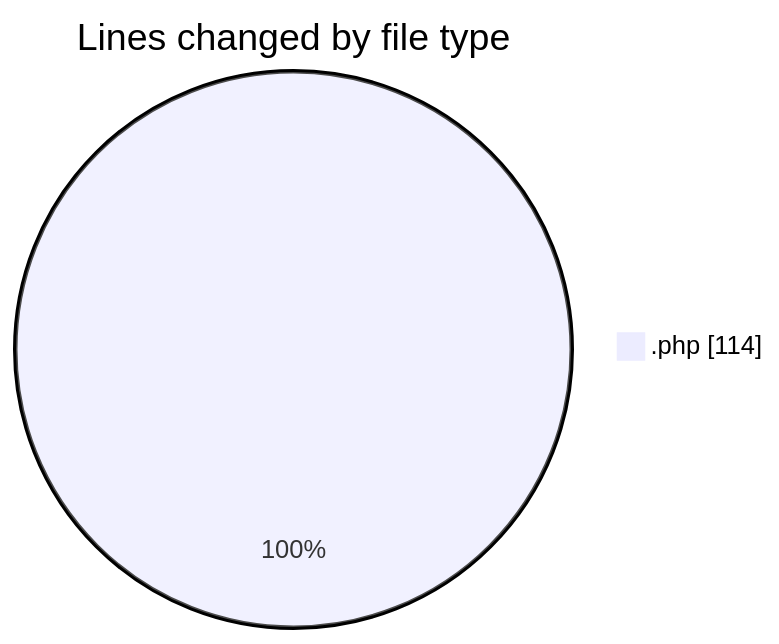
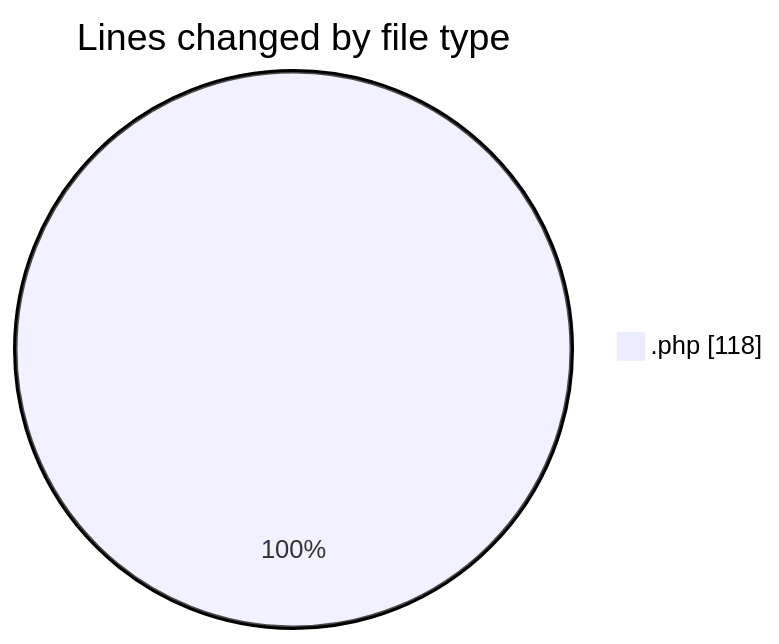
One commit to LanceThiago/code-tracking changed the first of 2 diagrams in 2025-06-05/web/README.md. Above: the diagram before and after it, drawn with Mermaid. The commit also changed other lines of this file and 1 other file, not shown here.

````diff
--- a/2025-06-05/web/README.md
+++ b/2025-06-05/web/README.md
@@ -20,5 +20,5 @@
 ```mermaid
 pie showData
 title Lines changed by file type
-".php" : 114
+".php" : 118
 ```
````
